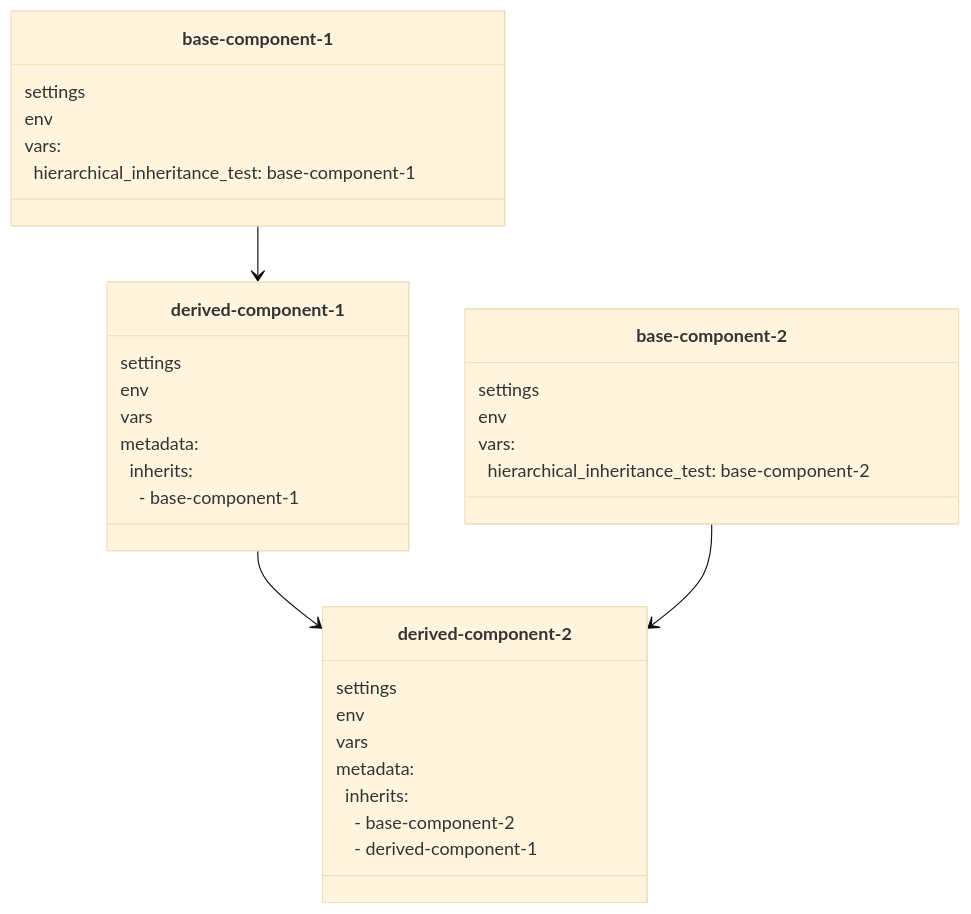
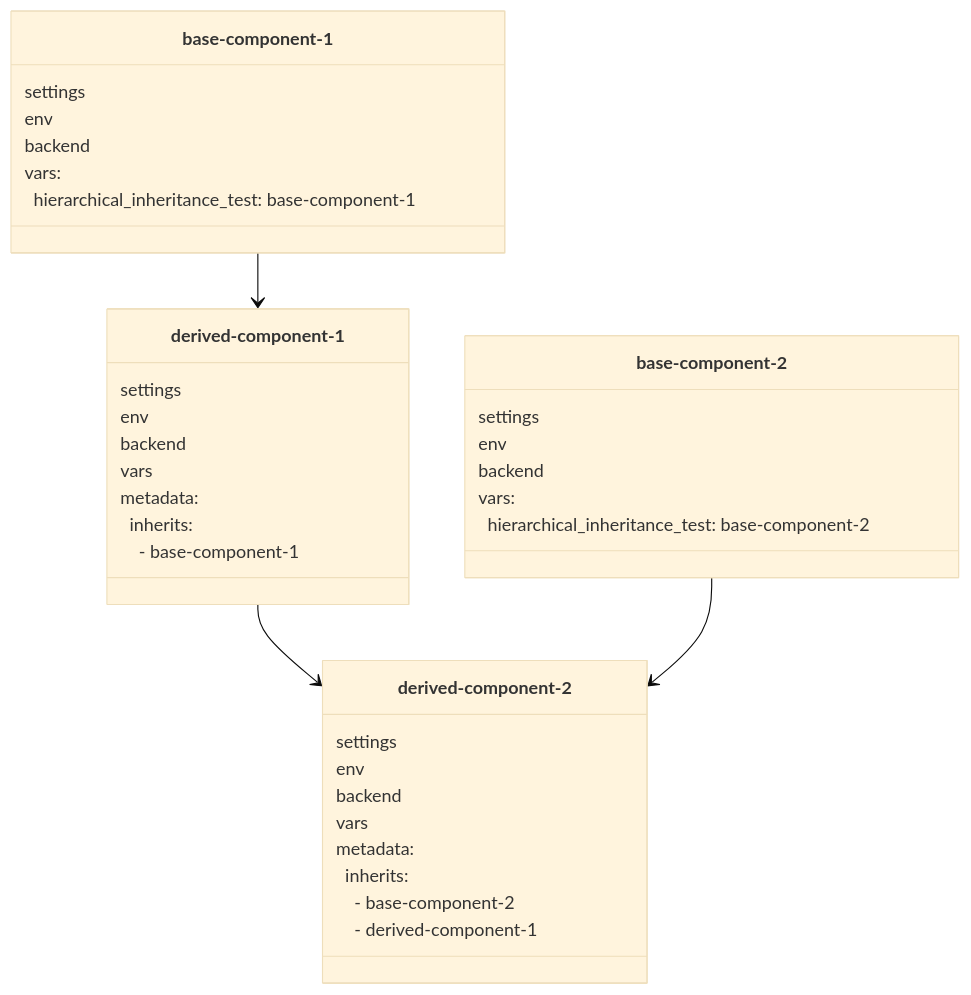
One commit to cloudposse/atmos changed the fifth of 5 diagrams in website/docs/core-concepts/components/component-inheritance.md. Above: the diagram before and after it, drawn with Mermaid (base theme). The commit also changed other lines of this file and 1 other file, not shown here.

````diff
--- a/website/docs/core-concepts/components/component-inheritance.md
+++ b/website/docs/core-concepts/components/component-inheritance.md
@@ -537,35 +555,39 @@
 ```mermaid
 classDiagram
       `base-component-1` --> `derived-component-1`
       `derived-component-1` --> `derived-component-2`
       `base-component-2` --> `derived-component-2`
       class `base-component-1` {
           settings
           env
+          backend
           vars:
           &nbsp;&nbsp;hierarchical_inheritance_test: base-component-1
       }
       class `base-component-2` {
           settings
           env
+          backend
           vars:
           &nbsp;&nbsp;hierarchical_inheritance_test: base-component-2
       }
       class `derived-component-1` {
           settings
           env
+          backend
           vars
           metadata:
           &nbsp;&nbsp;inherits:
           &nbsp;&nbsp;&nbsp;&nbsp;- base-component-1&nbsp;&nbsp;
       }
       class `derived-component-2` {
           settings
           env
+          backend
           vars
           metadata:
           &nbsp;&nbsp;inherits:
           &nbsp;&nbsp;&nbsp;&nbsp;- base-component-2&nbsp;&nbsp;
           &nbsp;&nbsp;&nbsp;&nbsp;- derived-component-1&nbsp;&nbsp;
       }
 ```
````
